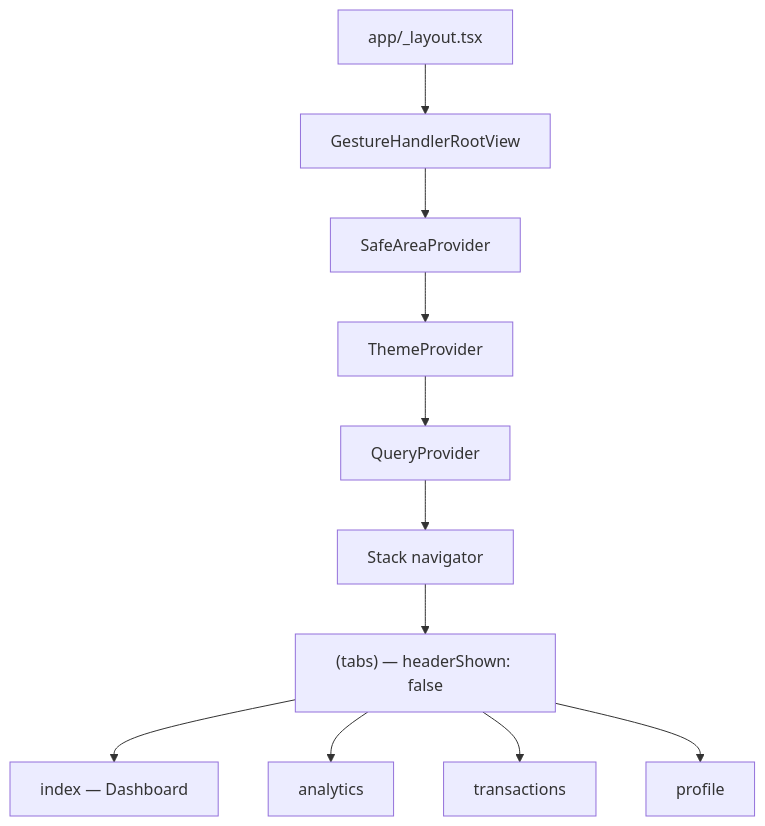
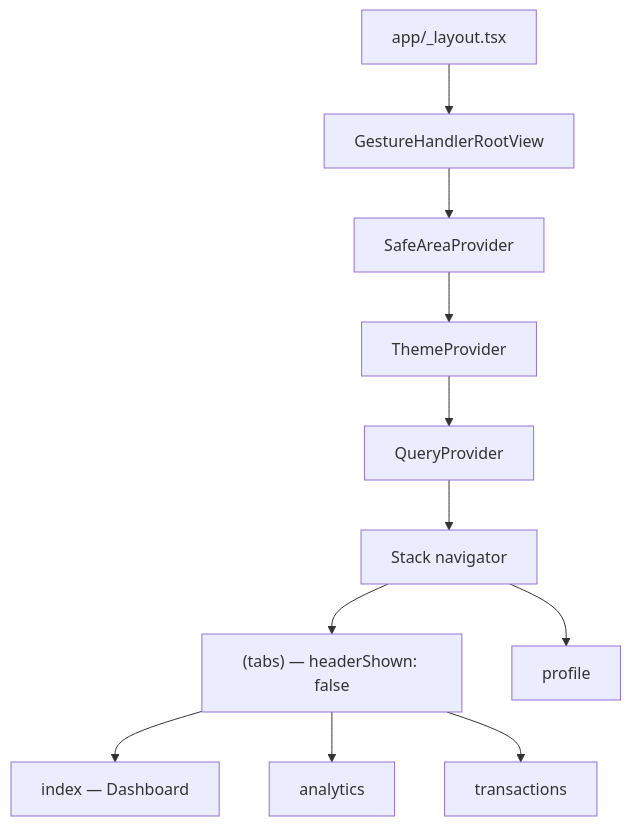
Before and after one commit to shamuad/budgetaiapp: the first of 3 diagrams in docs/PROJECT_STATE_AND_ARCHITECTURE.md, drawn with Mermaid. The commit also changed other lines of this file and 56 other files, not shown here.

````diff
--- a/docs/PROJECT_STATE_AND_ARCHITECTURE.md
+++ b/docs/PROJECT_STATE_AND_ARCHITECTURE.md
@@ -79,14 +79,14 @@
 ```mermaid
 flowchart TB
   RootLayout["app/_layout.tsx"]
   RootLayout --> GHR["GestureHandlerRootView"]
   GHR --> SafeArea["SafeAreaProvider"]
   SafeArea --> Theme["ThemeProvider"]
   Theme --> Query["QueryProvider"]
   Query --> Stack["Stack navigator"]
   Stack --> Tabs["(tabs) — headerShown: false"]
+  Stack --> Profile["profile"]
   Tabs --> Dashboard["index — Dashboard"]
   Tabs --> Analytics["analytics"]
   Tabs --> Transactions["transactions"]
-  Tabs --> Profile["profile"]
 ```
````
